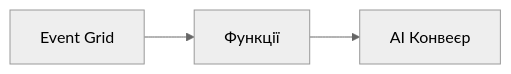
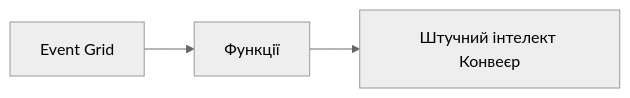
The second of 2 diagrams in translations/uk/docs/chapter-08-production/README.md (microsoft/AZD-for-beginners), drawn with Mermaid (neutral theme) before and after one commit. The commit also changed other lines of this file and 101 other files, not shown here.

````diff
--- a/translations/uk/docs/chapter-08-production/README.md
+++ b/translations/uk/docs/chapter-08-production/README.md
@@ -54,4 +56,4 @@
 ```mermaid
 graph LR
-    EventGrid[Event Grid] --> Functions[Функції] --> Pipeline[AI Конвеєр]
+    EventGrid[Event Grid] --> Functions[Функції] --> Pipeline[Штучний інтелект Конвеєр]
 ```
````
